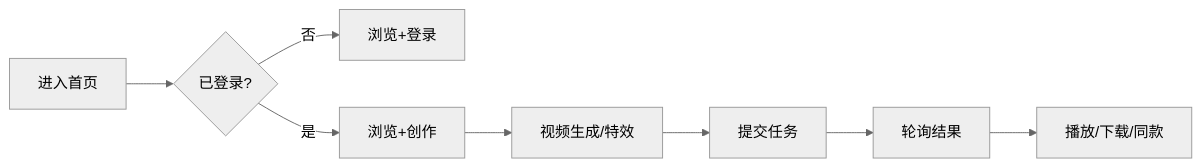
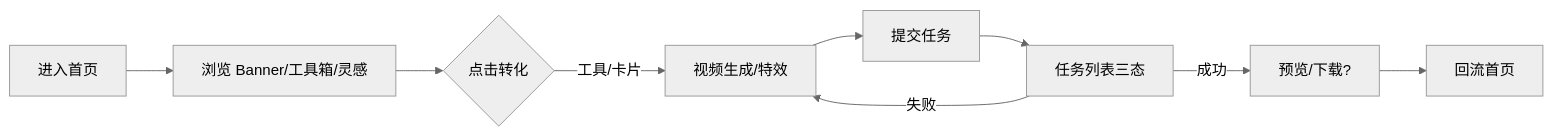
Before and after one commit to Wlx682/AI-Work-Kit: the diagram in Plans/需求分析/2026-06-25-纳米P视频Web.md, drawn with Mermaid (neutral theme). The commit also changed other lines of this file and 24 other files, not shown here.

First line of the commit message:
Restructure 纳米P视频Web plans into subtasks; add architecture overview

````diff
--- a/Plans/需求分析/2026-06-25-纳米P视频Web.md
+++ b/Plans/需求分析/2026-06-25-纳米P视频Web.md
@@ -153,10 +137,11 @@
 ```mermaid
 flowchart LR
-  A[进入首页] --> B{已登录?}
-  B -->|否| C[浏览+登录]
-  B -->|是| D[浏览+创作]
-  D --> E[视频生成/特效]
-  E --> F[提交任务]
-  F --> G[轮询结果]
-  G --> H[播放/下载/同款]
+  A[进入首页] --> B[浏览 Banner/工具箱/灵感]
+  B --> C{点击转化}
+  C -->|工具/卡片| D[视频生成/特效]
+  D --> E[提交任务]
+  E --> F[任务列表三态]
+  F -->|失败| D
+  F -->|成功| G[预览/下载?]
+  G --> H[回流首页]
 ```
````
